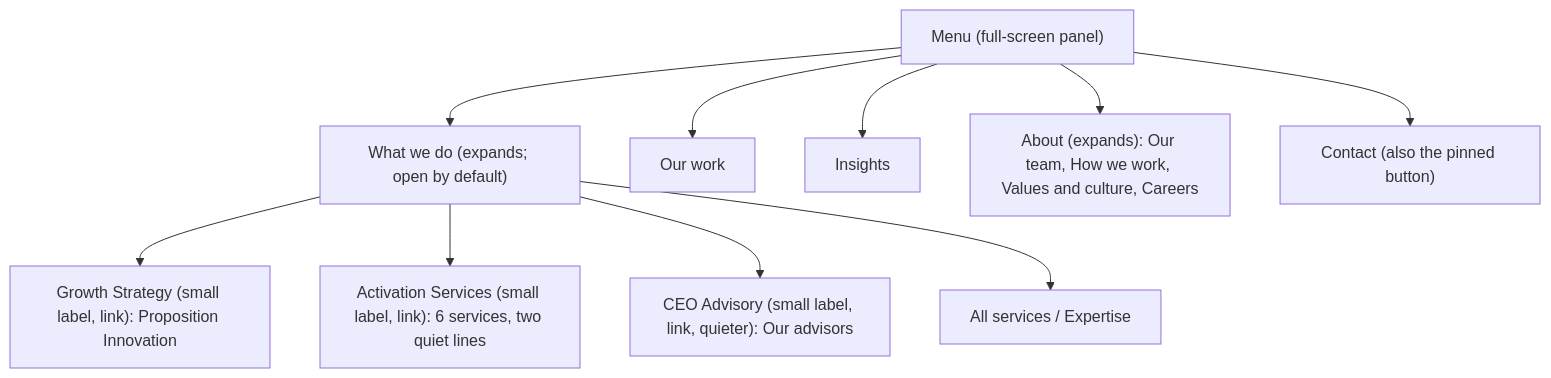
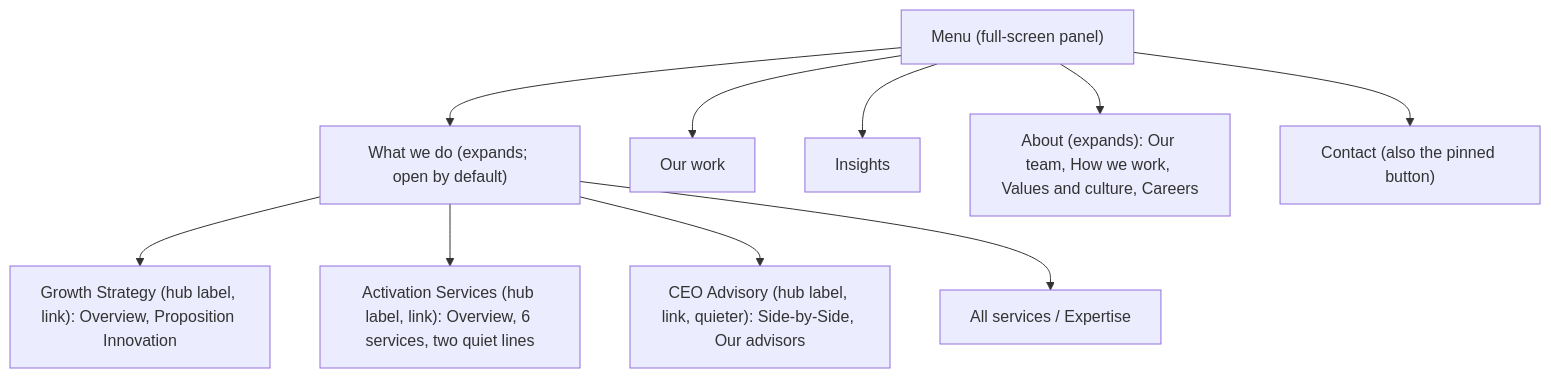
The fifth of 6 diagrams in docs/diagrams/mega-nav.md (gsdd/temp-manifesto-ia), drawn with Mermaid before and after one commit. The commit also changed other lines of this file and 58 other files, not shown here.

````diff
--- a/docs/diagrams/mega-nav.md
+++ b/docs/diagrams/mega-nav.md
@@ -89,13 +94,13 @@
 ```mermaid
 flowchart TB
     M["Menu (full-screen panel)"]
     M --> M1["What we do (expands; open by default)"]
-    M1 --> M1a["Growth Strategy (small label, link): Proposition Innovation"]
-    M1 --> M1b["Activation Services (small label, link): 6 services, two quiet lines"]
-    M1 --> M1c["CEO Advisory (small label, link, quieter): Our advisors"]
+    M1 --> M1a["Growth Strategy (hub label, link): Overview, Proposition Innovation"]
+    M1 --> M1b["Activation Services (hub label, link): Overview, 6 services, two quiet lines"]
+    M1 --> M1c["CEO Advisory (hub label, link, quieter): Side-by-Side, Our advisors"]
     M1 --> M1d["All services / Expertise"]
     M --> M2["Our work"]
     M --> M3["Insights"]
     M --> M4["About (expands): Our team, How we work, Values and culture, Careers"]
     M --> M5["Contact (also the pinned button)"]
 ```
````
